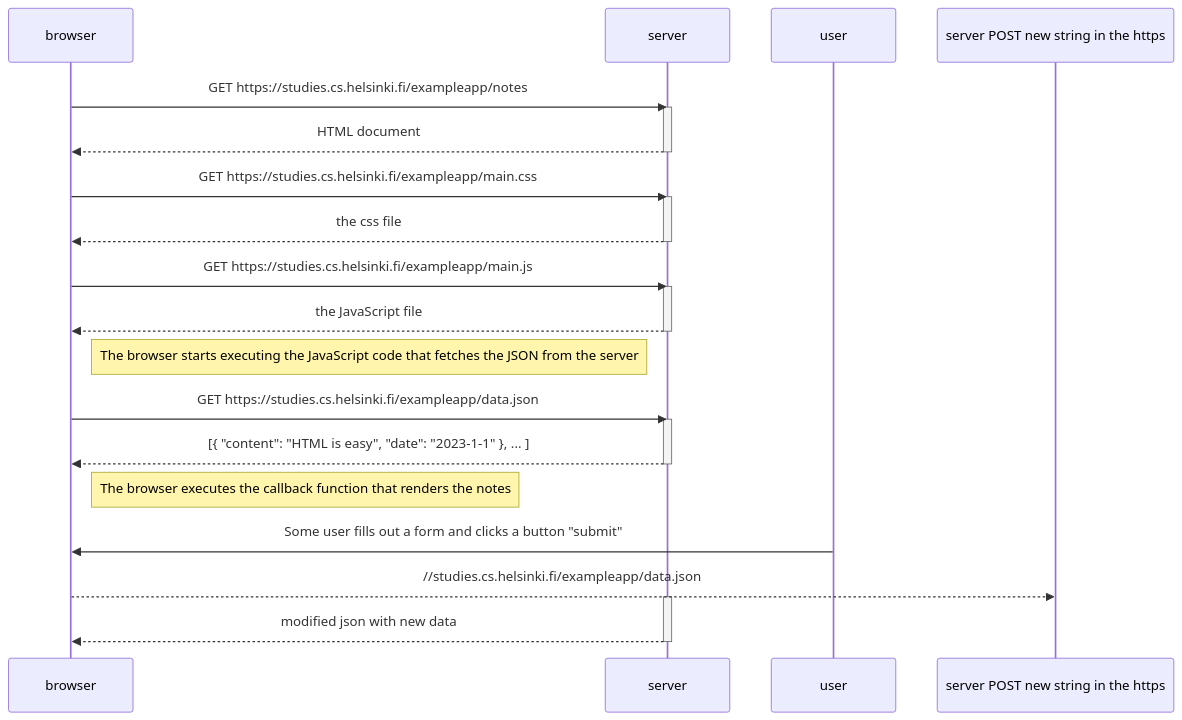
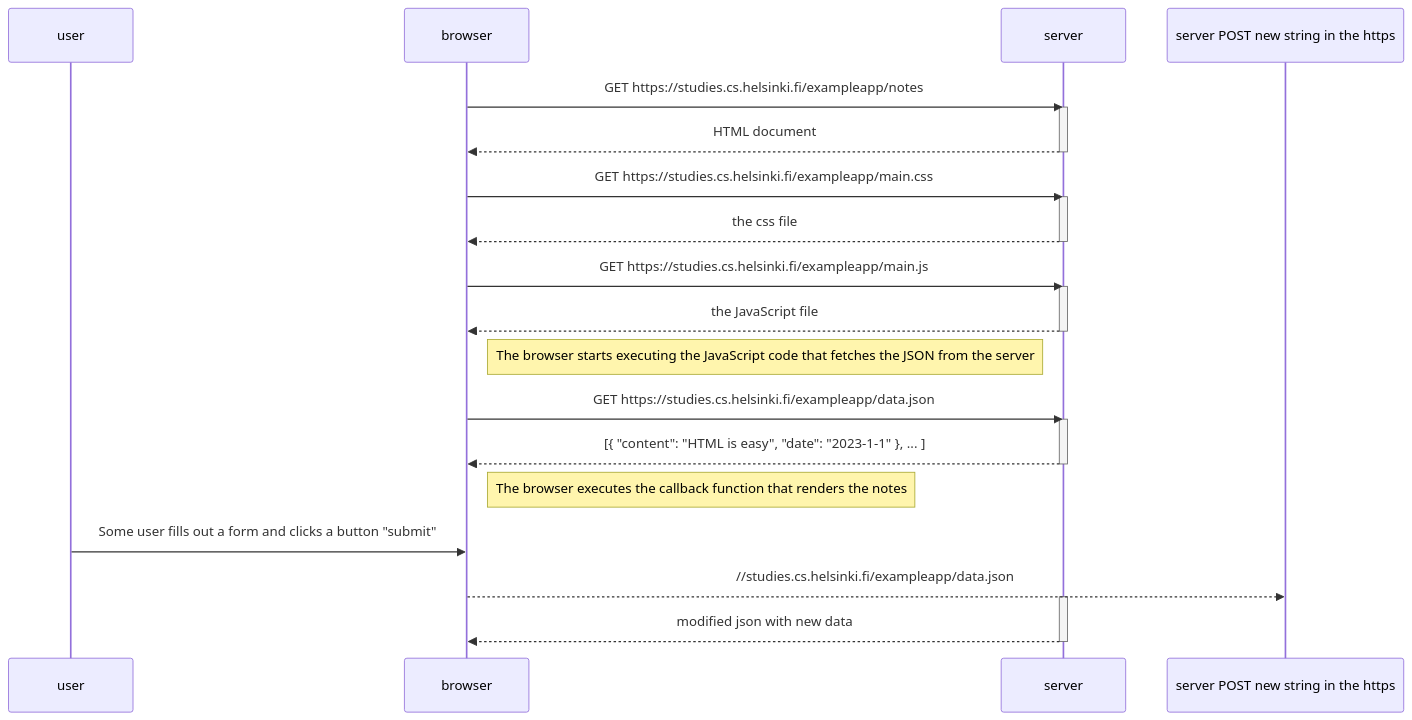
The diagram in part0/4.md (danilovmaster/fullstackopen), drawn with Mermaid before and after one commit.

````diff
--- a/part0/4.md
+++ b/part0/4.md
@@ -1,36 +1,36 @@
 ```mermaid
 sequenceDiagram
+    participant user
     participant browser
     participant server
-    participant user
 
     browser->>server: GET https://studies.cs.helsinki.fi/exampleapp/notes
     activate server
     server-->>browser: HTML document
     deactivate server
 
     browser->>server: GET https://studies.cs.helsinki.fi/exampleapp/main.css
     activate server
     server-->>browser: the css file
     deactivate server
 
     browser->>server: GET https://studies.cs.helsinki.fi/exampleapp/main.js
     activate server
     server-->>browser: the JavaScript file
     deactivate server
 
     Note right of browser: The browser starts executing the JavaScript code that fetches the JSON from the server
 
     browser->>server: GET https://studies.cs.helsinki.fi/exampleapp/data.json
     activate server
     server-->>browser: [{ "content": "HTML is easy", "date": "2023-1-1" }, ... ]
     deactivate server
 
     Note right of browser: The browser executes the callback function that renders the notes
     
     user->>browser: Some user fills out a form and clicks a button "submit"
     browser-->>server POST new string in the https://studies.cs.helsinki.fi/exampleapp/data.json
     activate server
-    server -->>browser: modified json with new data
+    server-->>browser: modified json with new data
     deactivate server
 ```
````
